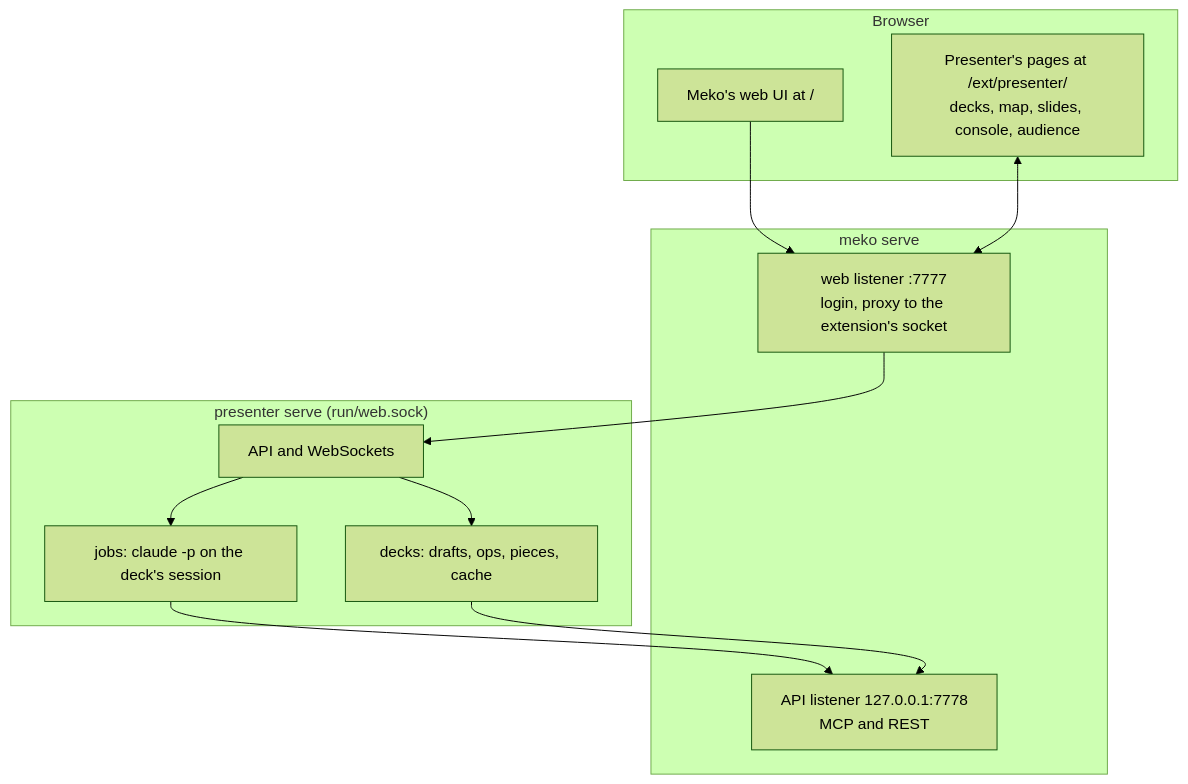
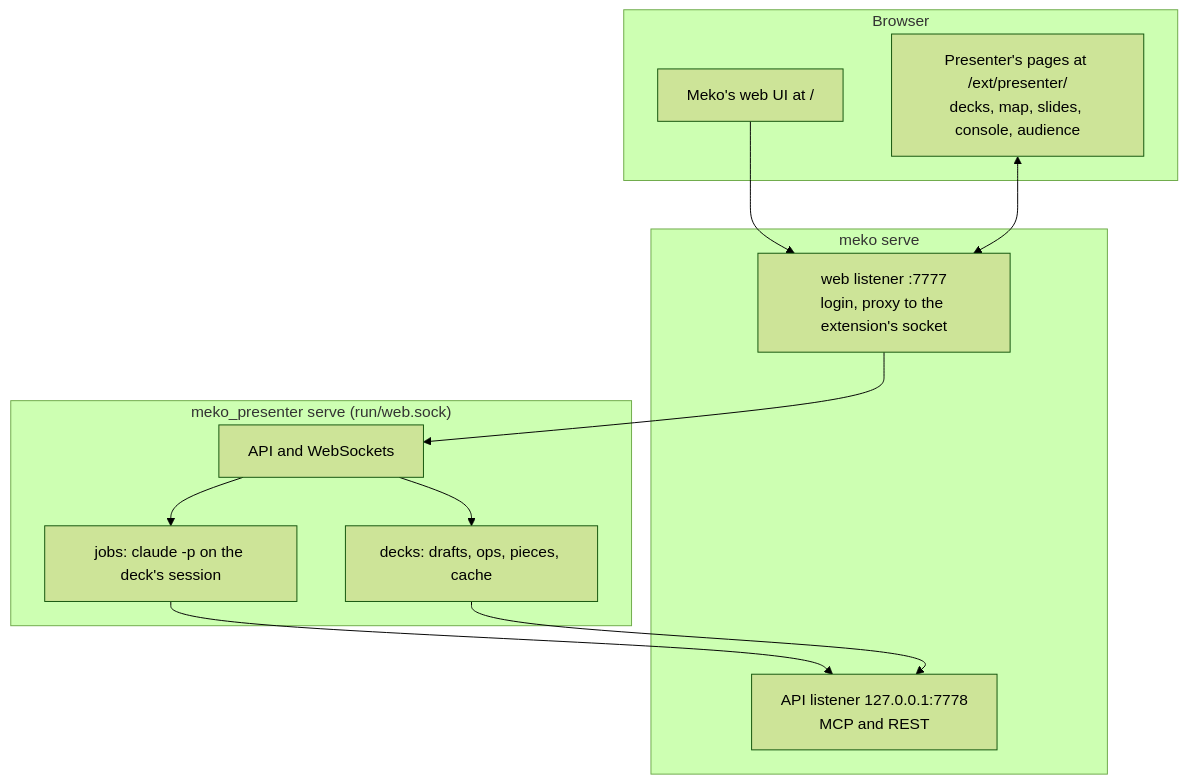
One commit to yugabyte/meko changed the diagram in extensions/presenter/docs/design.md. Above: the diagram before and after it, drawn with Mermaid (forest theme). The commit also changed other lines of this file and 22 other files, not shown here.

First line of the commit message:
feat(presenter,meko): name Presenter's command meko_presenter

````diff
--- a/extensions/presenter/docs/design.md
+++ b/extensions/presenter/docs/design.md
@@ -8,23 +8,23 @@
 ```mermaid
 flowchart TB
   subgraph Browser
     MUI["Meko's web UI at /"]
     PG["Presenter's pages at /ext/presenter/\ndecks, map, slides, console, audience"]
   end
   subgraph Meko["meko serve"]
     WL["web listener :7777\nlogin, proxy to the extension's socket"]
     AL["API listener 127.0.0.1:7778\nMCP and REST"]
   end
-  subgraph P["presenter serve (run/web.sock)"]
+  subgraph P["meko_presenter serve (run/web.sock)"]
     API["API and WebSockets"]
     J["jobs: claude -p on the deck's session"]
     D["decks: drafts, ops, pieces, cache"]
   end
   MUI --> WL
   PG <--> WL
   WL --> API
   API --> J
   API --> D
   J --> AL
   D --> AL
 ```
````
